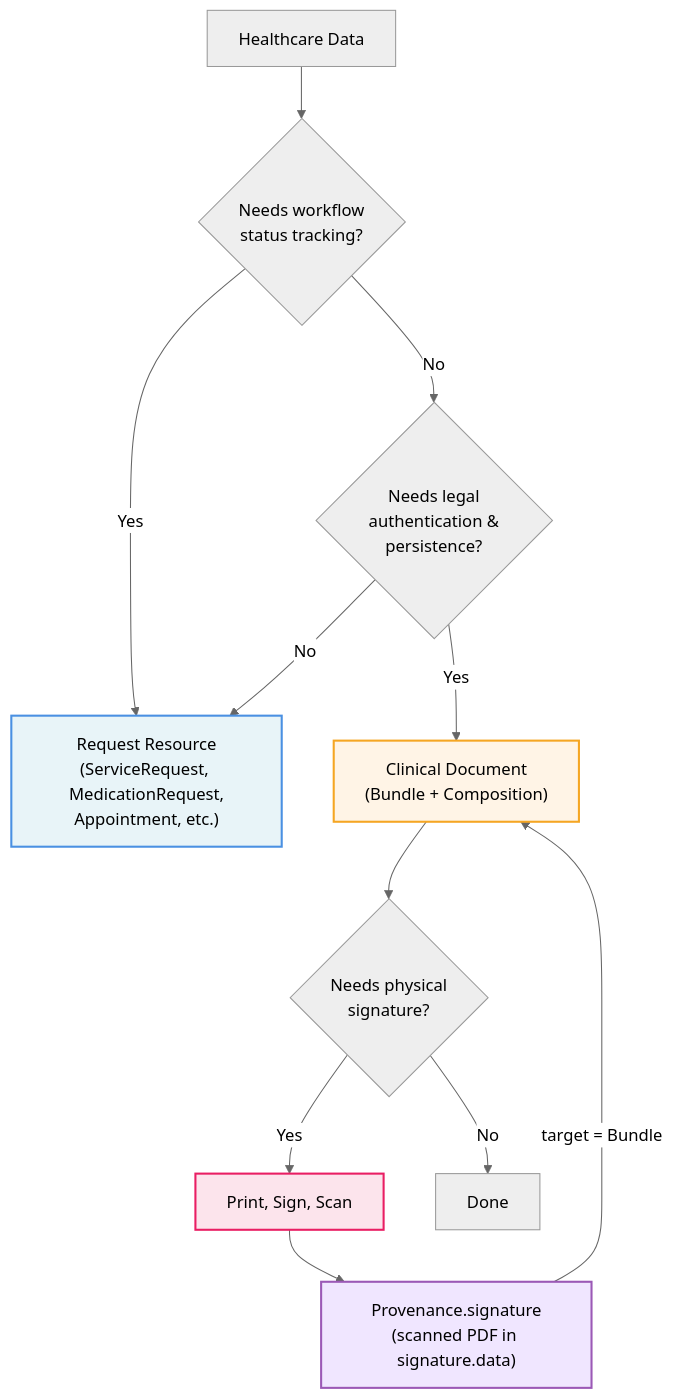
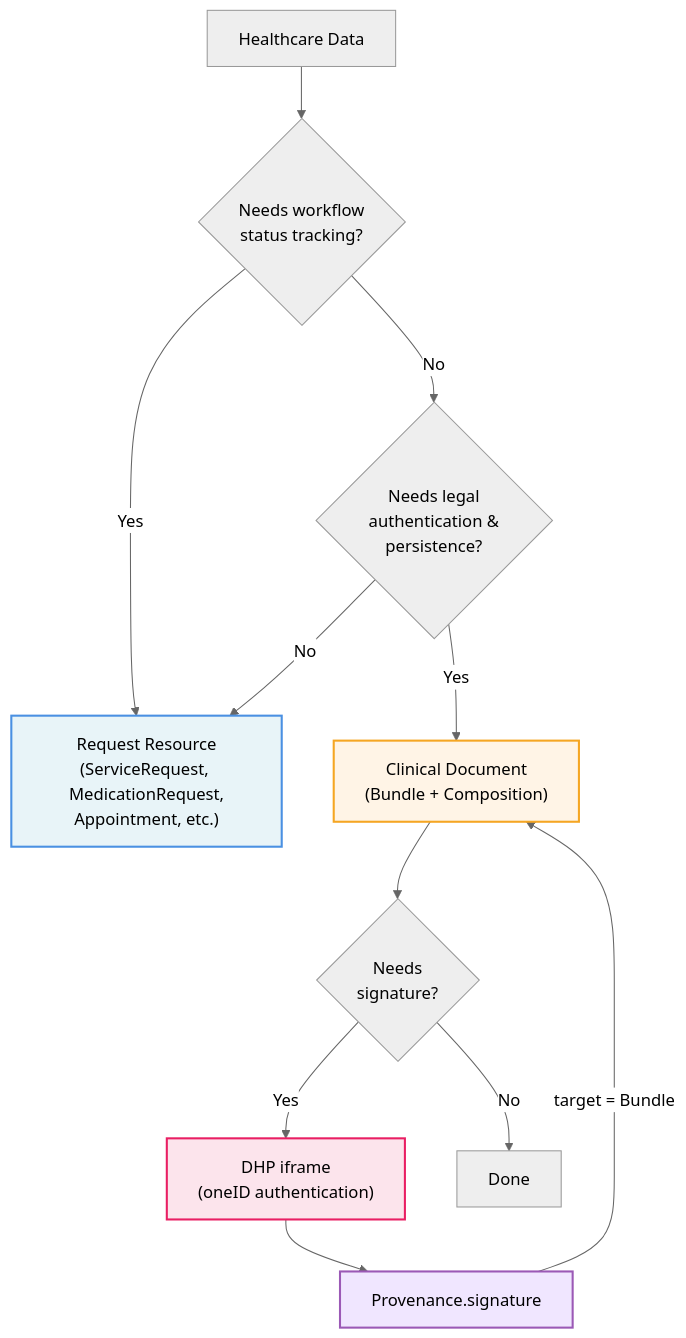
One commit to vadi2/DHP-integrations-temp changed the third of 3 diagrams in input/pagecontent/index.md. Above: the diagram before and after it, drawn with Mermaid (neutral theme). The commit also changed other lines of this file, not shown here.

Commit message:
Add new signing rules, remove PDF signing (#31)

````diff
--- a/input/pagecontent/index.md
+++ b/input/pagecontent/index.md
@@ -124,30 +122,30 @@
 ```mermaid
 flowchart TD
     Start["Healthcare Data"]
 
     Q1{"Needs workflow<br/>status tracking?"}
     Q2{"Needs legal<br/>authentication &<br/>persistence?"}
-    Q3{"Needs physical<br/>signature?"}
+    Q3{"Needs<br/>signature?"}
 
     Request["Request Resource<br/>(ServiceRequest, MedicationRequest,<br/>Appointment, etc.)"]
     Document["Clinical Document<br/>(Bundle + Composition)"]
-    Physical["Print, Sign, Scan"]
-    Provenance["Provenance.signature<br/>(scanned PDF in signature.data)"]
+    Iframe["DHP iframe<br/>(oneID authentication)"]
+    Provenance["Provenance.signature"]
 
     Start --> Q1
     Q1 -->|"Yes"| Request
     Q1 -->|"No"| Q2
     Q2 -->|"Yes"| Document
     Q2 -->|"No"| Request
 
     Document --> Q3
-    Q3 -->|"Yes"| Physical
+    Q3 -->|"Yes"| Iframe
     Q3 -->|"No"| Done1["Done"]
-    Physical --> Provenance
+    Iframe --> Provenance
     Provenance -->|"target = Bundle"| Document
 
     style Request fill:#E8F4F8,stroke:#4A90E2,stroke-width:2px
     style Document fill:#FFF4E6,stroke:#F5A623,stroke-width:2px
     style Provenance fill:#F0E6FF,stroke:#9B59B6,stroke-width:2px
-    style Physical fill:#FCE4EC,stroke:#E91E63,stroke-width:2px
+    style Iframe fill:#FCE4EC,stroke:#E91E63,stroke-width:2px
 ```
````
